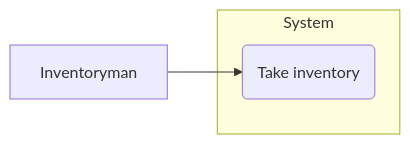
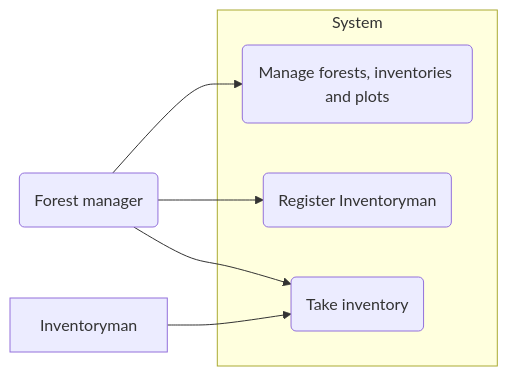
One commit to MilanVlaski/forestry changed the diagram in docs/Use_cases.md. Above: the diagram before and after it, drawn with Mermaid. The commit also changed other lines of this file and 2 other files, not shown here.

````diff
--- a/docs/Use_cases.md
+++ b/docs/Use_cases.md
@@ -2,9 +2,16 @@
 ```mermaid
 graph LR
 
+Forest_manager(Forest manager)
+
 subgraph System 
+    Manage_forests(Manage forests, inventories and plots)
+    Register_inventoryman(Register Inventoryman)
     Take_inventory(Take inventory)
 end
 
+Forest_manager --> Register_inventoryman
+Forest_manager --> Take_inventory
+Forest_manager --> Manage_forests
 Inventoryman --> Take_inventory
 ```
````
